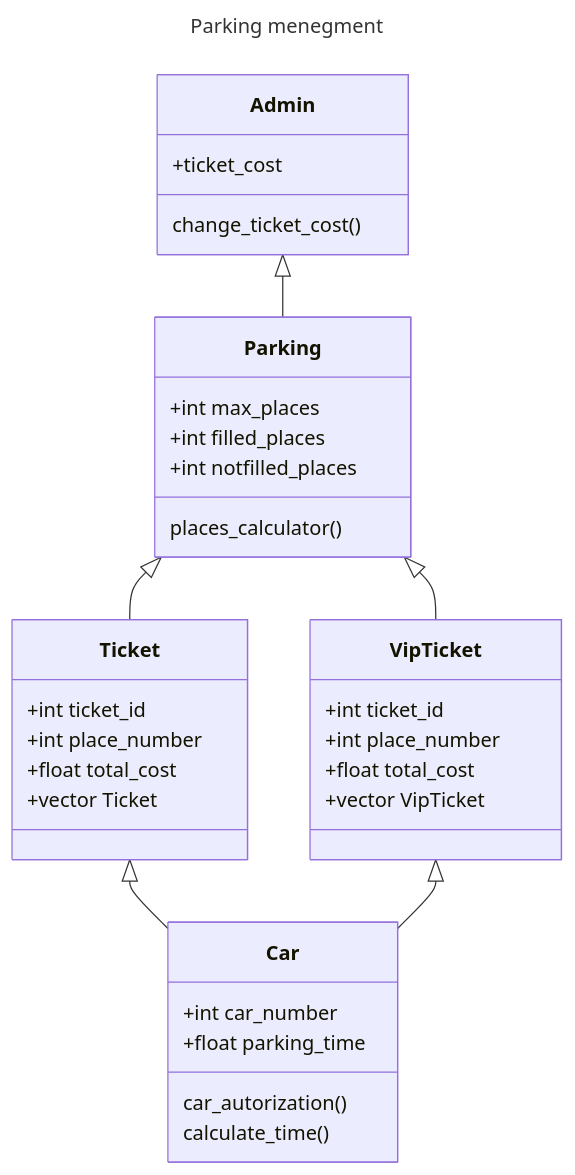
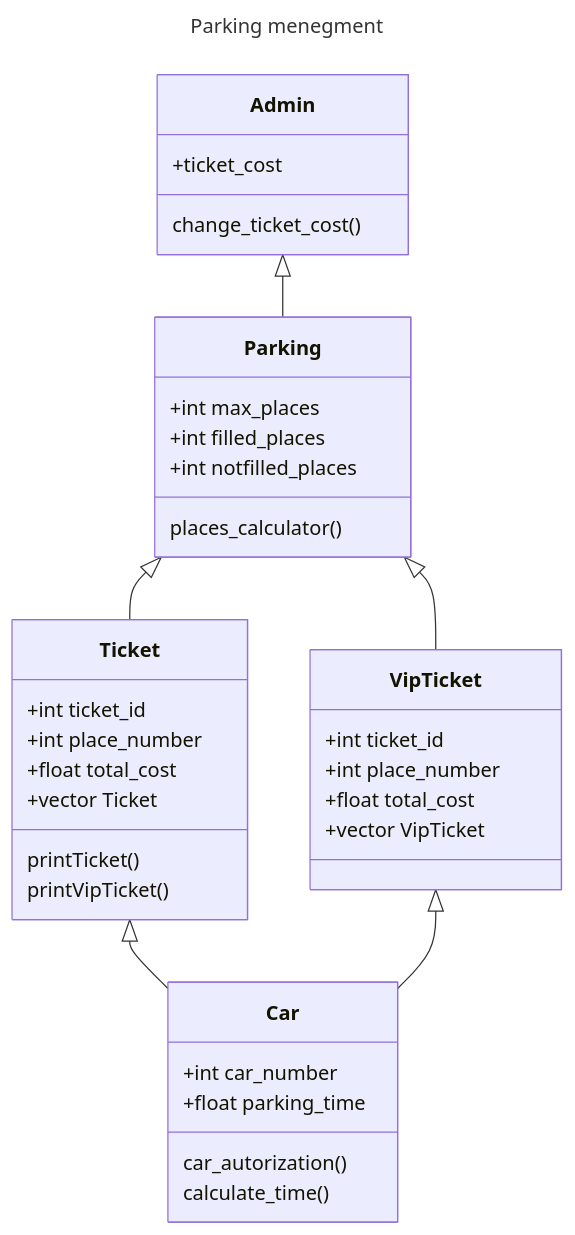
The diagram in diagram.md (alanarzumanjan/Parking), drawn with Mermaid before and after one commit. The commit also changed 1 other file, not shown here.

````diff
--- a/diagram.md
+++ b/diagram.md
@@ -1,41 +1,43 @@
 ```mermaid
 --- 
 title: Parking menegment
 ---
 classDiagram
     class Car
     Car : +int car_number
     Car : +float parking_time
     Car : car_autorization()
     Car : calculate_time()
 
     class Parking
     Parking : +int max_places
     Parking : +int filled_places
     Parking : +int notfilled_places
     Parking : places_calculator()
 
     class Ticket
     Ticket : +int ticket_id
     Ticket : +int place_number
     Ticket : +float total_cost
     Ticket : +vector Ticket
-    
+    Ticket : printTicket()
+
     class VipTicket
     VipTicket : +int ticket_id
     VipTicket : +int place_number
     VipTicket : +float total_cost
     VipTicket : +vector VipTicket
-
+    Ticket : printVipTicket()
+    
     class Admin
     Admin : +ticket_cost
     Admin : change_ticket_cost()
     
 
     Ticket <|-- Car
     VipTicket <|-- Car
     Parking <|-- Ticket
     Parking <|-- VipTicket
     Admin <|-- Parking
     
 ```
````
